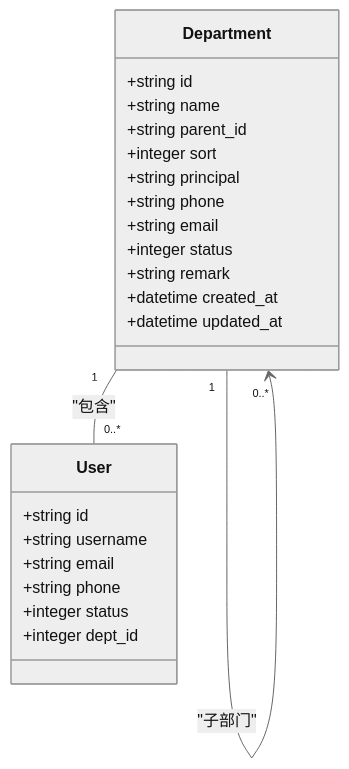
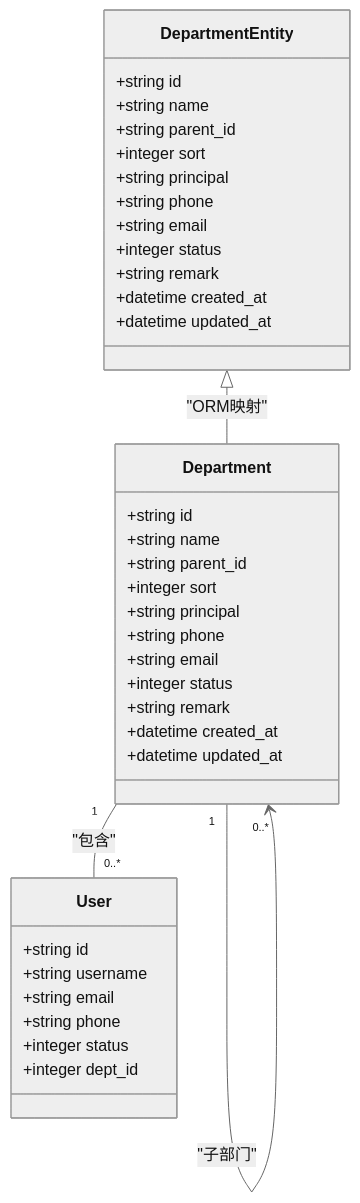
One commit to taoweidong/Hello-FastApi changed the fourth of 6 diagrams in .qoder/repowiki/zh/content/Department Management.md. Above: the diagram before and after it, drawn with Mermaid (neutral theme). The commit also changed other lines of this file and 18 other files, not shown here.

````diff
--- a/.qoder/repowiki/zh/content/Department Management.md
+++ b/.qoder/repowiki/zh/content/Department Management.md
@@ -269,26 +307,40 @@
 ```mermaid
 classDiagram
 class Department {
++string id
++string name
++string parent_id
++integer sort
++string principal
++string phone
++string email
++integer status
++string remark
++datetime created_at
++datetime updated_at
+}
+class DepartmentEntity {
 +string id
 +string name
 +string parent_id
 +integer sort
 +string principal
 +string phone
 +string email
 +integer status
 +string remark
 +datetime created_at
 +datetime updated_at
 }
 class User {
 +string id
 +string username
 +string email
 +string phone
 +integer status
 +integer dept_id
 }
+DepartmentEntity <|-- Department : "ORM映射"
 Department "1" -- "0..*" User : "包含"
 Department "1" --> "0..*" Department : "子部门"
 ```
````
